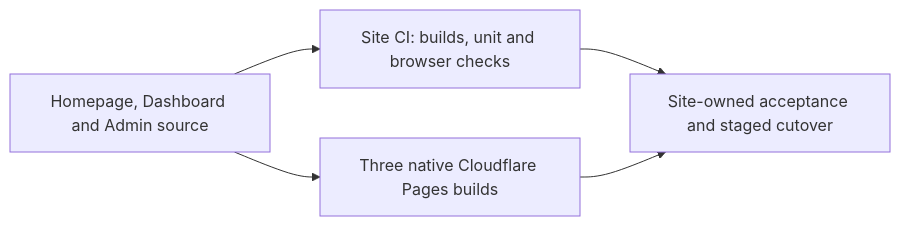
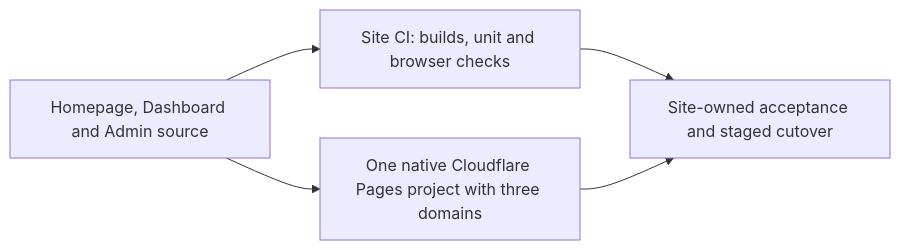
Before and after one commit to fslong520/respire-site: the diagram in README.md, drawn with Mermaid. The commit also changed other lines of this file and 5 other files, not shown here.

First line of the commit message:
Combine website and consoles in one Pages deployment

````diff
--- a/README.md
+++ b/README.md
@@ -12,7 +12,7 @@
 ```mermaid
 flowchart LR
   Source[Homepage, Dashboard and Admin source] --> Checks[Site CI: builds, unit and browser checks]
-  Source --> Pages[Three native Cloudflare Pages builds]
+  Source --> Pages[One native Cloudflare Pages project with three domains]
   Checks --> Gate[Site-owned acceptance and staged cutover]
   Pages --> Gate
 ```
````
